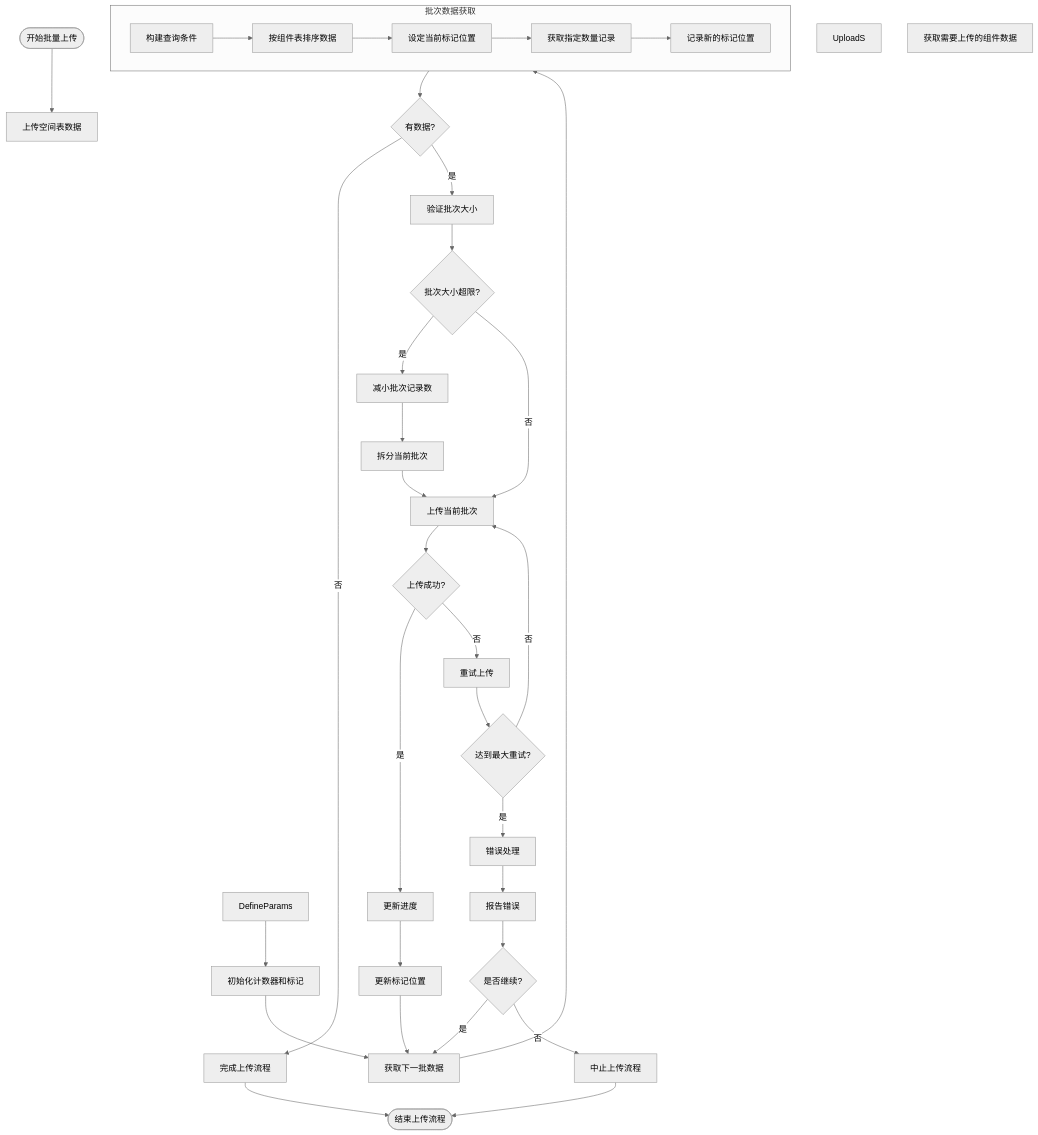
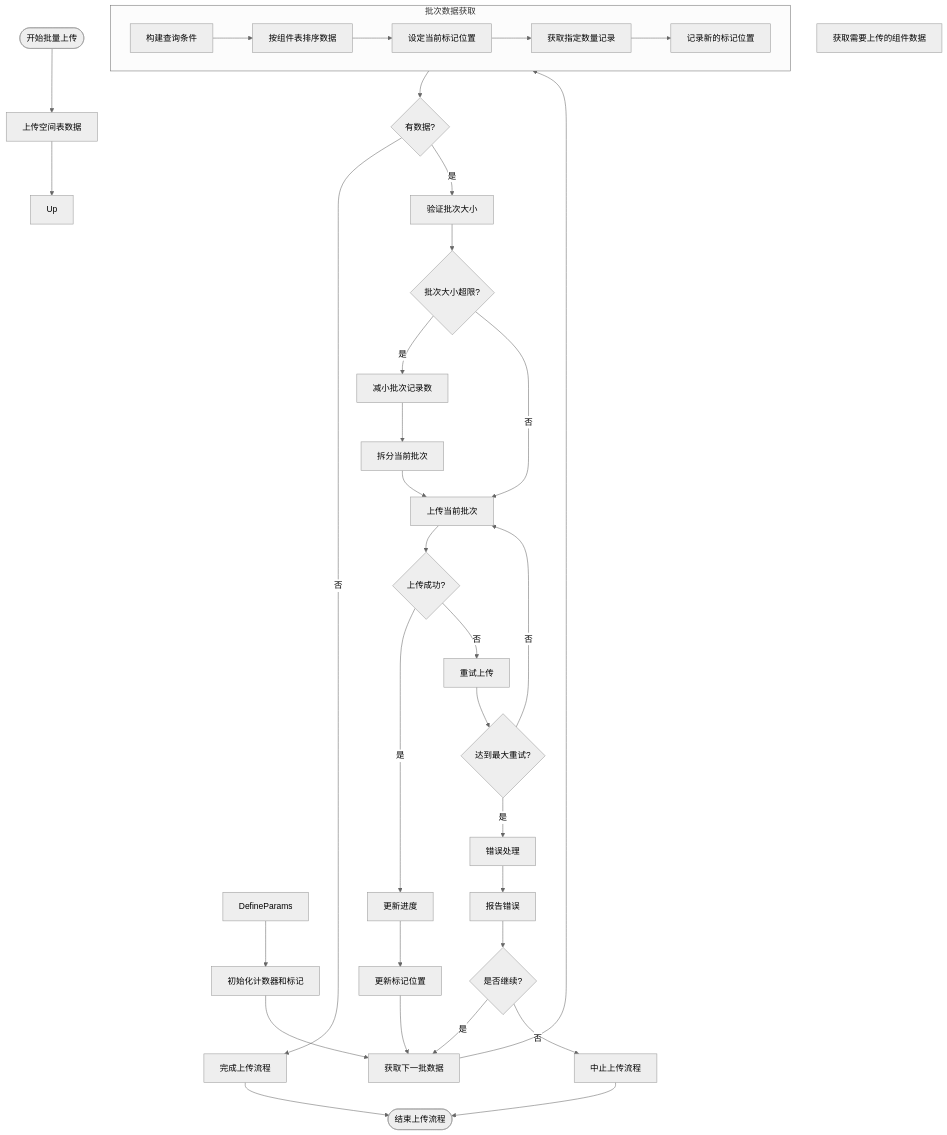
The diagram in all/未命名-51.md (yingjianzh/iodraw-files), drawn with Mermaid (neutral theme) before and after one commit.

Commit message:
2025-05-08 17:22:55 update

````diff
--- a/all/未命名-51.md
+++ b/all/未命名-51.md
@@ -1,49 +1,49 @@
 ```mermaid
 flowchart TD
     Start([开始批量上传]) --> UploadSpaceData[上传空间表数据]
-    UploadS
+    UploadSpaceData --> Up
     
     UploadData[获取需要上传的组件数据]
     DefineParams --> InitCounters[初始化计数器和标记]
     
     InitCounters --> FetchNextBatch[获取下一批数据]
     
     subgraph BatchFetch [批次数据获取]
         A[构建查询条件] --> B[按组件表排序数据]
         B --> C[设定当前标记位置]
         C --> D[获取指定数量记录]
         D --> E[记录新的标记位置]
     end
     
     FetchNextBatch --> BatchFetch
     
     BatchFetch --> CheckResults{有数据?}
     CheckResults -->|否| CompleteUpload[完成上传流程]
     CheckResults -->|是| ValidateBatch[验证批次大小]
     
     ValidateBatch --> SizeTooLarge{批次大小超限?}
     SizeTooLarge -->|是| AdjustBatchSize[减小批次记录数]
     SizeTooLarge -->|否| UploadBatch[上传当前批次]
     
     AdjustBatchSize --> SplitBatch[拆分当前批次]
     SplitBatch --> UploadBatch
     
     UploadBatch --> UploadSuccess{上传成功?}
     UploadSuccess -->|是| UpdateProgress[更新进度]
     UploadSuccess -->|否| RetryUpload[重试上传]
     
     RetryUpload --> MaxRetries{达到最大重试?}
     MaxRetries -->|否| UploadBatch
     MaxRetries -->|是| ErrorHandling[错误处理]
     
     ErrorHandling --> ReportError[报告错误]
     ReportError --> ContinueOption{是否继续?}
     ContinueOption -->|是| FetchNextBatch
     ContinueOption -->|否| AbortProcess[中止上传流程]
     
     UpdateProgress --> UpdateMarker[更新标记位置]
     UpdateMarker --> FetchNextBatch
     
     CompleteUpload --> End([结束上传流程])
     AbortProcess --> End
 ```
````
